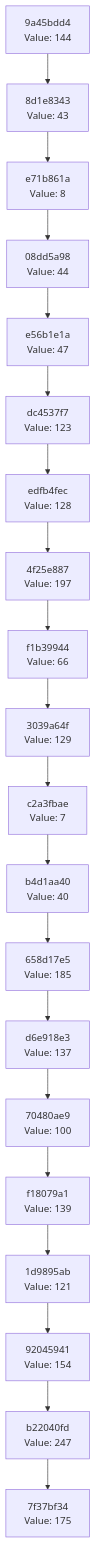
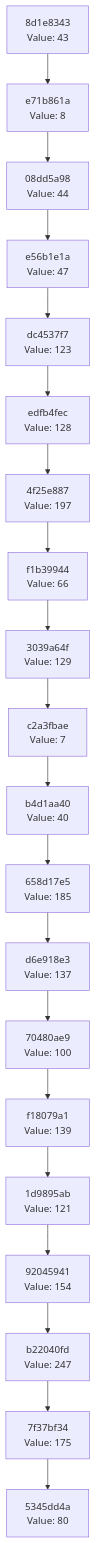
Before and after one commit to Abhisheksinha1506/hash-chain-evolver: the diagram in docs/CHAIN_VISUALIZATION.md, drawn with Mermaid. The commit also changed 3 other files, not shown here.

````diff
--- a/docs/CHAIN_VISUALIZATION.md
+++ b/docs/CHAIN_VISUALIZATION.md
@@ -3,42 +3,42 @@
 ```mermaid
 graph TD
-    C0["7f37bf34<br/>Value: 175"]
-    C1["b22040fd<br/>Value: 247"]
+    C0["5345dd4a<br/>Value: 80"]
+    C1["7f37bf34<br/>Value: 175"]
     C1 --> C0
-    C2["92045941<br/>Value: 154"]
+    C2["b22040fd<br/>Value: 247"]
     C2 --> C1
-    C3["1d9895ab<br/>Value: 121"]
+    C3["92045941<br/>Value: 154"]
     C3 --> C2
-    C4["f18079a1<br/>Value: 139"]
+    C4["1d9895ab<br/>Value: 121"]
     C4 --> C3
-    C5["70480ae9<br/>Value: 100"]
+    C5["f18079a1<br/>Value: 139"]
     C5 --> C4
-    C6["d6e918e3<br/>Value: 137"]
+    C6["70480ae9<br/>Value: 100"]
     C6 --> C5
-    C7["658d17e5<br/>Value: 185"]
+    C7["d6e918e3<br/>Value: 137"]
     C7 --> C6
-    C8["b4d1aa40<br/>Value: 40"]
+    C8["658d17e5<br/>Value: 185"]
     C8 --> C7
-    C9["c2a3fbae<br/>Value: 7"]
+    C9["b4d1aa40<br/>Value: 40"]
     C9 --> C8
-    C10["3039a64f<br/>Value: 129"]
+    C10["c2a3fbae<br/>Value: 7"]
     C10 --> C9
-    C11["f1b39944<br/>Value: 66"]
+    C11["3039a64f<br/>Value: 129"]
     C11 --> C10
-    C12["4f25e887<br/>Value: 197"]
+    C12["f1b39944<br/>Value: 66"]
     C12 --> C11
-    C13["edfb4fec<br/>Value: 128"]
+    C13["4f25e887<br/>Value: 197"]
     C13 --> C12
-    C14["dc4537f7<br/>Value: 123"]
+    C14["edfb4fec<br/>Value: 128"]
     C14 --> C13
-    C15["e56b1e1a<br/>Value: 47"]
+    C15["dc4537f7<br/>Value: 123"]
     C15 --> C14
-    C16["08dd5a98<br/>Value: 44"]
+    C16["e56b1e1a<br/>Value: 47"]
     C16 --> C15
-    C17["e71b861a<br/>Value: 8"]
+    C17["08dd5a98<br/>Value: 44"]
     C17 --> C16
-    C18["8d1e8343<br/>Value: 43"]
+    C18["e71b861a<br/>Value: 8"]
     C18 --> C17
-    C19["9a45bdd4<br/>Value: 144"]
+    C19["8d1e8343<br/>Value: 43"]
     C19 --> C18
 ```
````
